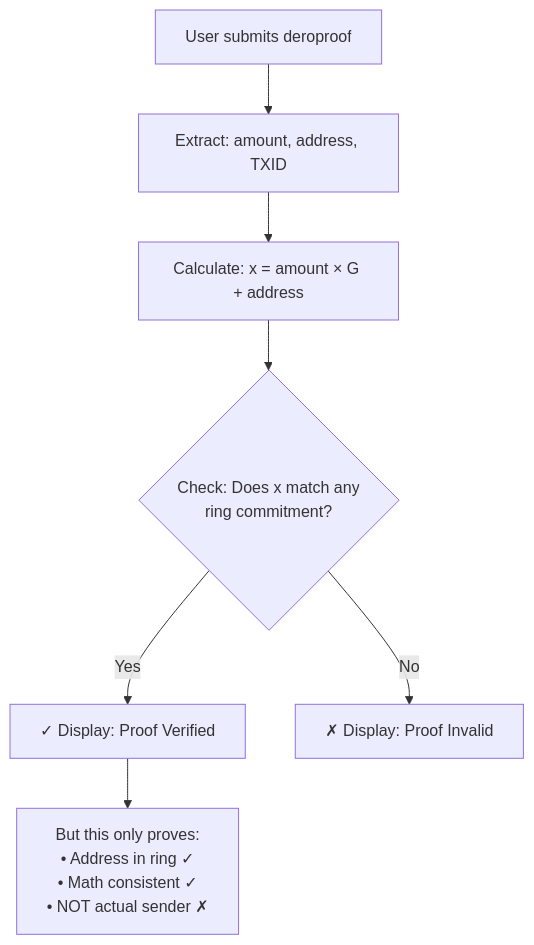
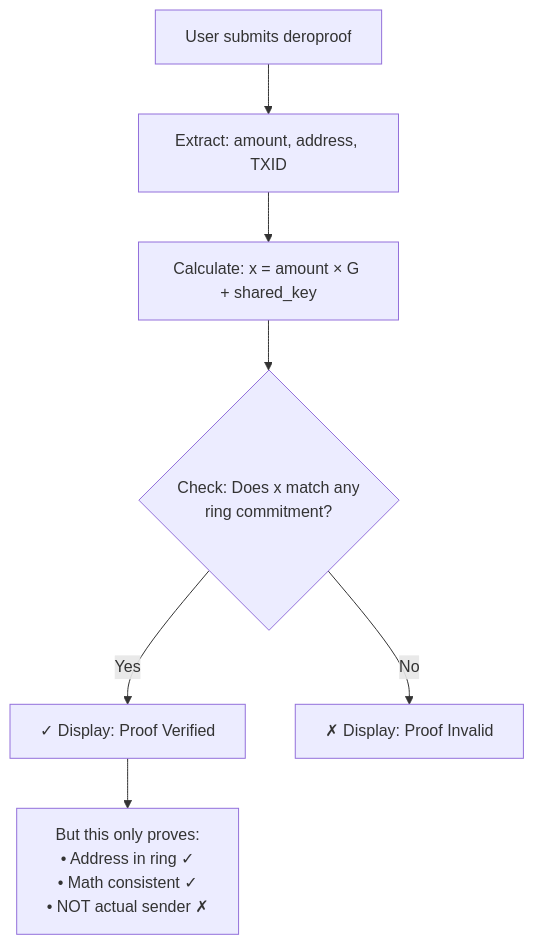
The second of 3 diagrams in derod-main/pages/privacy/payload-proofs.mdx (DHEBP/dero-docs), drawn with Mermaid before and after one commit. The commit also changed other lines of this file and 6 other files, not shown here.

````diff
--- a/derod-main/pages/privacy/payload-proofs.mdx
+++ b/derod-main/pages/privacy/payload-proofs.mdx
@@ -63,9 +63,9 @@
 ```mermaid
 flowchart TD
     A[User submits deroproof] --> B[Extract: amount, address, TXID]
-    B --> C[Calculate: x = amount × G + address]
+    B --> C[Calculate: x = amount × G + shared_key]
     C --> D{Check: Does x match any<br/>ring commitment?}
     D -->|Yes| E[✓ Display: Proof Verified]
     D -->|No| F[✗ Display: Proof Invalid]
     E --> G[But this only proves:<br/>• Address in ring ✓<br/>• Math consistent ✓<br/>• NOT actual sender ✗]
 ```
````
